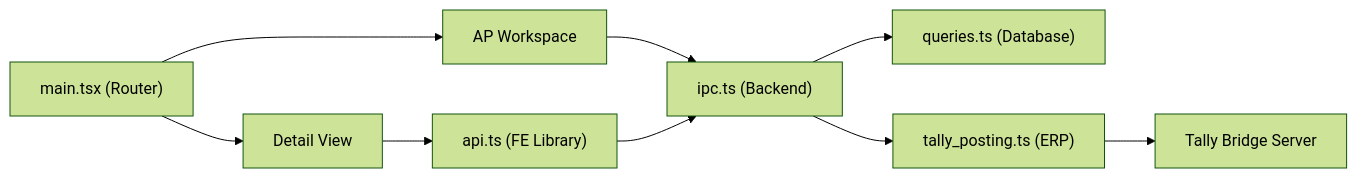
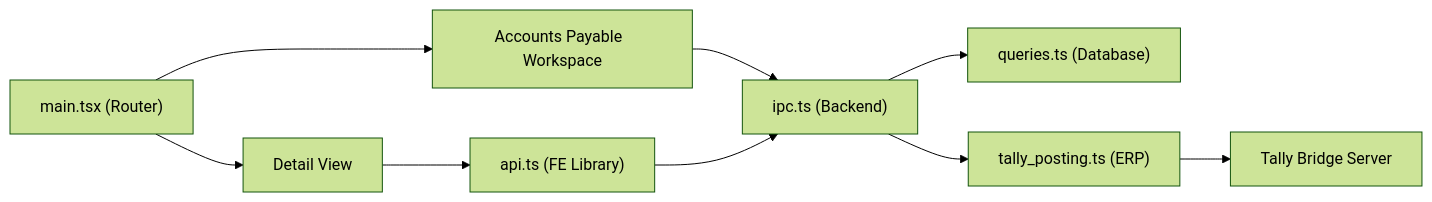
One commit to Wheelson-Agent/Fin-IQ changed the third of 3 diagrams in Agent_Fin_IQ/docs/audit/fin_iq_audit_report.md. Above: the diagram before and after it, drawn with Mermaid (forest theme). The commit also changed other lines of this file and 30 other files, not shown here.

````diff
--- a/Agent_Fin_IQ/docs/audit/fin_iq_audit_report.md
+++ b/Agent_Fin_IQ/docs/audit/fin_iq_audit_report.md
@@ -200,11 +200,11 @@
 ```mermaid
 graph LR
-    Main["main.tsx (Router)"] --> APW["AP Workspace"]
+    Main["main.tsx (Router)"] --> APW["Accounts Payable  Workspace"]
     Main --> DV["Detail View"]
     APW --> IPC["ipc.ts (Backend)"]
     DV --> API["api.ts (FE Library)"]
     API --> IPC
     IPC --> DB["queries.ts (Database)"]
     IPC --> Sync["tally_posting.ts (ERP)"]
     Sync --> Bridge["Tally Bridge Server"]
 ```
````
